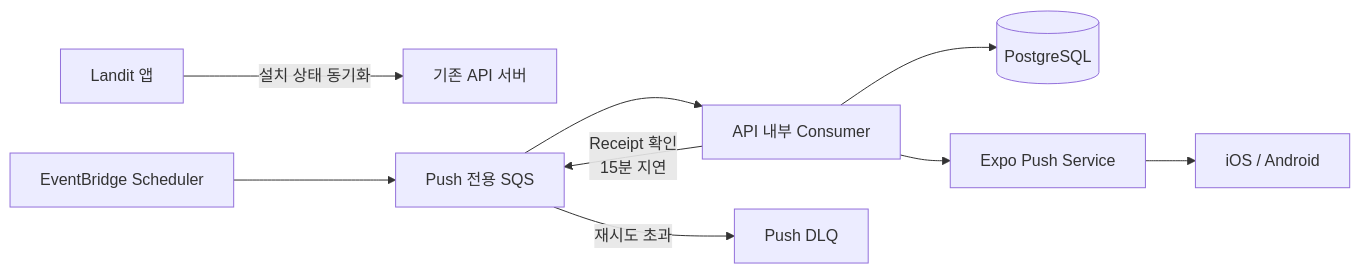
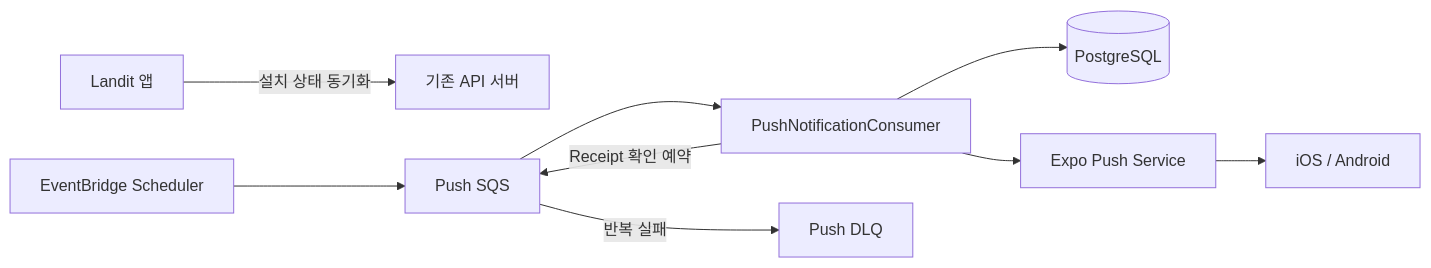
Before and after one commit to Aragornnnnnn/landit-be: the diagram in docs/tasks/LAN-184/design.md, drawn with Mermaid. The commit also changed other lines of this file and 1 other file, not shown here.

````diff
--- a/docs/tasks/LAN-184/design.md
+++ b/docs/tasks/LAN-184/design.md
@@ -7,11 +7,11 @@
 ```mermaid
 flowchart LR
     APP["Landit 앱"] -->|"설치 상태 동기화"| API["기존 API 서버"]
-    EB["EventBridge Scheduler"] --> SQS["Push 전용 SQS"]
-    SQS --> CON["API 내부 Consumer"]
+    EB["EventBridge Scheduler"] --> SQS["Push SQS"]
+    SQS --> CON["PushNotificationConsumer"]
     CON --> DB[("PostgreSQL")]
     CON --> EXPO["Expo Push Service"]
     EXPO --> DEVICE["iOS / Android"]
-    CON -->|"Receipt 확인<br/>15분 지연"| SQS
-    SQS -->|"재시도 초과"| DLQ["Push DLQ"]
+    CON -->|"Receipt 확인 예약"| SQS
+    SQS -->|"반복 실패"| DLQ["Push DLQ"]
 ```
````
